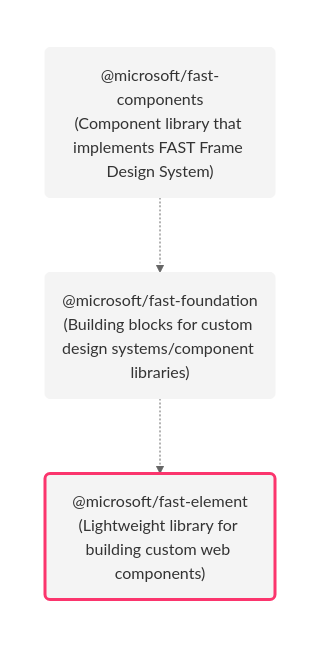
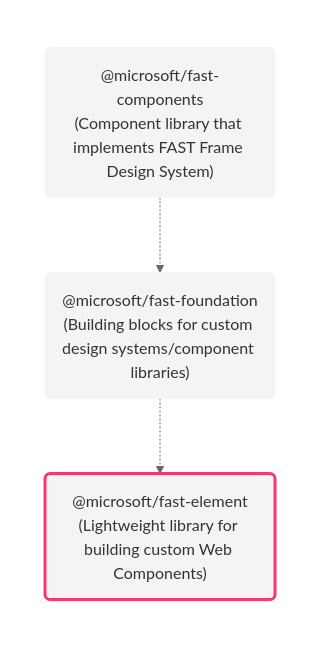
Before and after one commit to microsoft/fast: the third of 3 diagrams in sites/website/src/docs/introduction.md, drawn with Mermaid (neutral theme). The commit also changed other lines of this file and 1 other file, not shown here.

Commit message:
fix casing for web components text

````diff
--- a/sites/website/src/docs/introduction.md
+++ b/sites/website/src/docs/introduction.md
@@ -144,15 +144,15 @@
 ```mermaid
 flowchart
   subgraph FAST [ ]
     direction TB
     FastComponents("@microsoft/fast-components\n(Component library that implements FAST Frame Design System)")
     FastFoundation("@microsoft/fast-foundation\n(Building blocks for custom design systems/component libraries)")
-    FastElement("@microsoft/fast-element\n(Lightweight library for building custom web components)")
+    FastElement("@microsoft/fast-element\n(Lightweight library for building custom Web Components)")
     FastComponents -.-> FastFoundation -.-> FastElement 
   end
 
   style FAST fill:transparent,stroke:none
   style FastComponents fill:#f4f4f4,stroke:#f4f4f4,color:#333
   style FastFoundation fill:#f4f4f4,stroke:#f4f4f4,color:#333
   style FastElement fill:#f4f4f4,stroke:#fb356d,stroke-width:3px,color:#333
 ```
````
